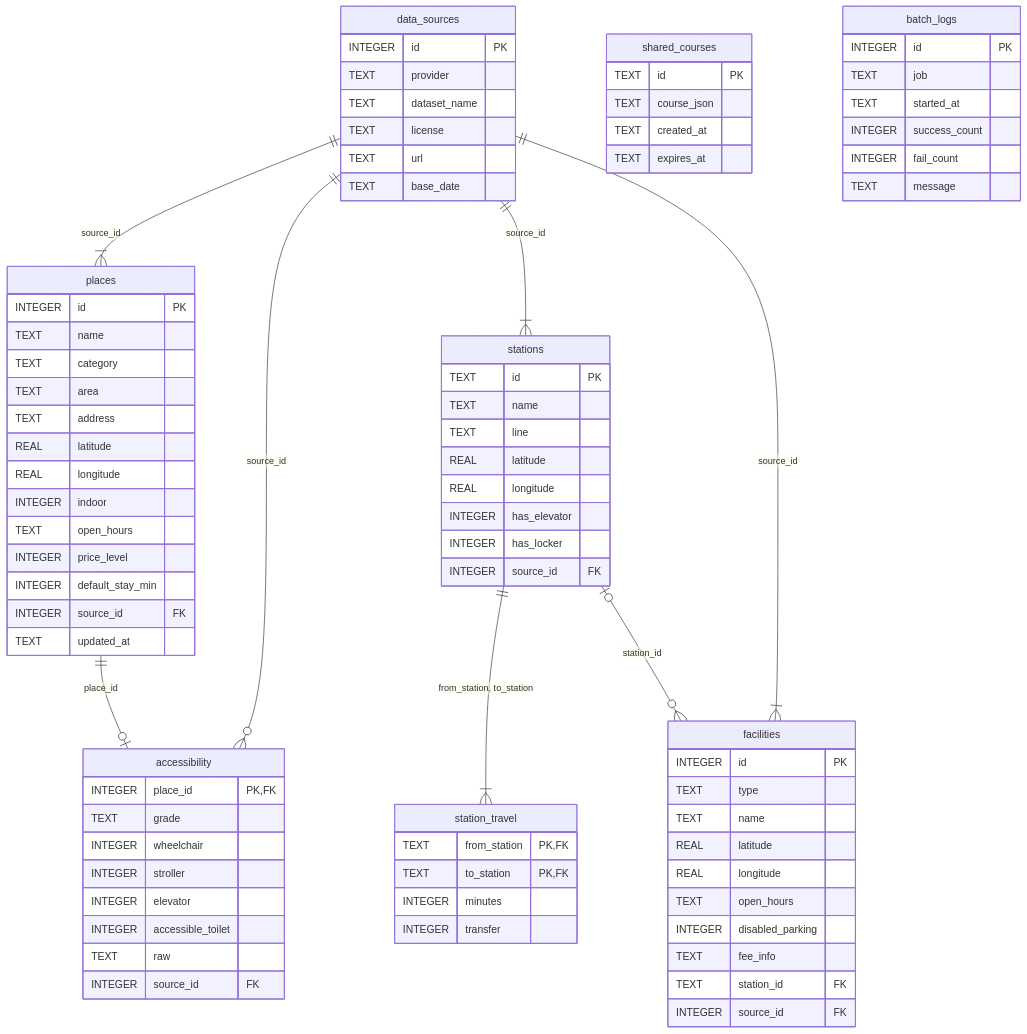
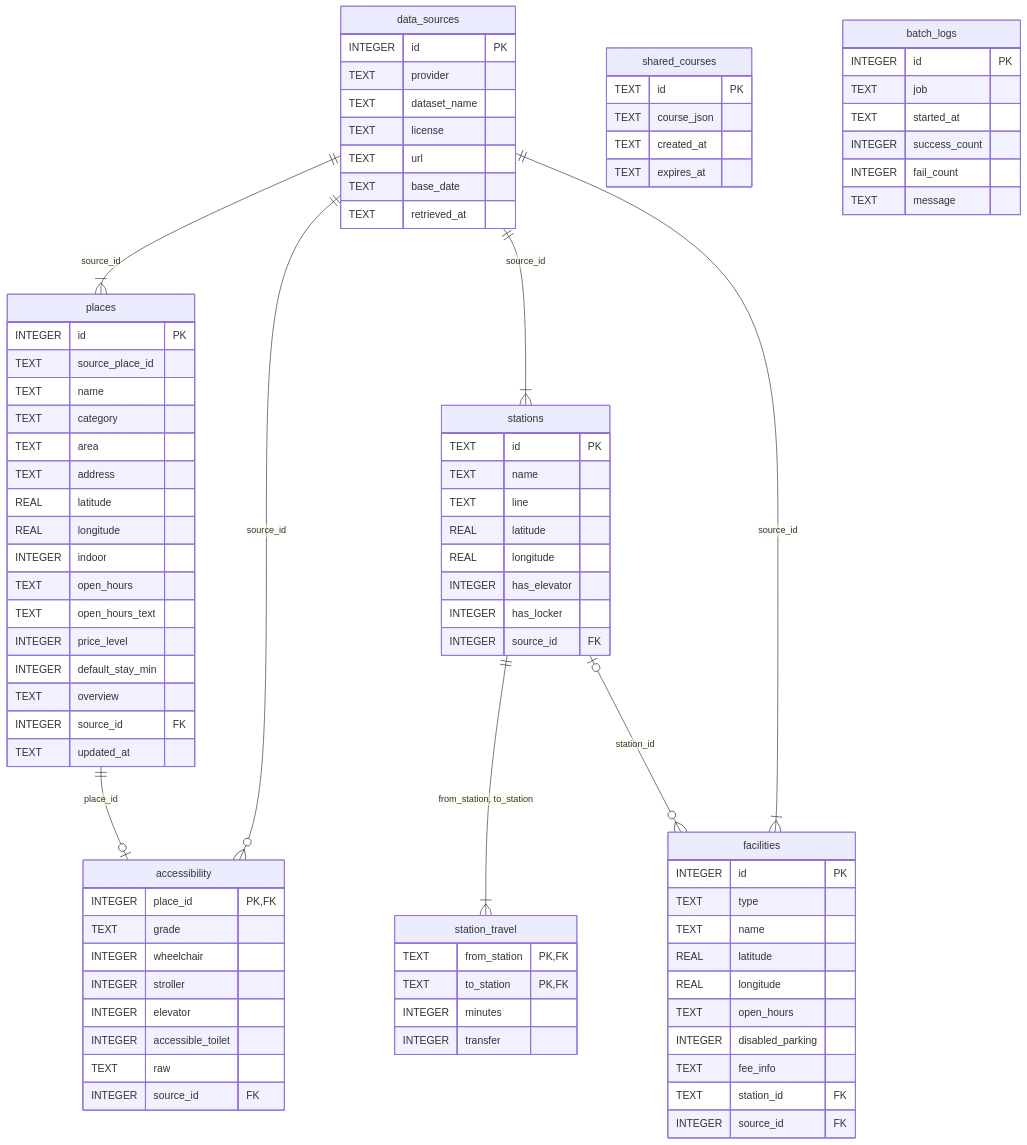
Before and after one commit to yongmoo123/busanfit: the diagram in docs/diagrams/sdd-5-1-er.mmd, drawn with Mermaid. The commit also changed 10 other files, not shown here.

First line of the commit message:
feat: FR-007 DEC-005 SQLite schema.sql 추가와 SDD 5.2·그림 5-1 갱신

```diff
--- a/docs/diagrams/sdd-5-1-er.mmd
+++ b/docs/diagrams/sdd-5-1-er.mmd
@@ -1,86 +1,90 @@
 %% 그림 5-1. ER 다이어그램 (SQLite) (SDD 5.1) — 타입은 SQLite 실제 타입, 의미는 SDD 5.2 설명 칸 참조 (DEC-005)
 %% PNG 생성 (저장소 루트): npx -p @mermaid-js/mermaid-cli@11.4.2 mmdc -c docs/diagrams/mermaid.config.json -s 2 -b white -i docs/diagrams/sdd-5-1-er.mmd -o docs/images/sdd-5-1-er.png
 erDiagram
   data_sources ||--|{ places : "source_id"
   data_sources ||--o{ accessibility : "source_id"
   data_sources ||--|{ stations : "source_id"
   data_sources ||--|{ facilities : "source_id"
   places ||--o| accessibility : "place_id"
   stations ||--|{ station_travel : "from_station, to_station"
   stations |o--o{ facilities : "station_id"
 
   data_sources {
     INTEGER id PK
     TEXT provider
     TEXT dataset_name
     TEXT license
     TEXT url
     TEXT base_date
+    TEXT retrieved_at
   }
   places {
     INTEGER id PK
+    TEXT source_place_id
     TEXT name
     TEXT category
     TEXT area
     TEXT address
     REAL latitude
     REAL longitude
     INTEGER indoor
     TEXT open_hours
+    TEXT open_hours_text
     INTEGER price_level
     INTEGER default_stay_min
+    TEXT overview
     INTEGER source_id FK
     TEXT updated_at
   }
   accessibility {
     INTEGER place_id PK, FK
     TEXT grade
     INTEGER wheelchair
     INTEGER stroller
     INTEGER elevator
     INTEGER accessible_toilet
     TEXT raw
     INTEGER source_id FK
   }
   stations {
     TEXT id PK
     TEXT name
     TEXT line
     REAL latitude
     REAL longitude
     INTEGER has_elevator
     INTEGER has_locker
     INTEGER source_id FK
   }
   station_travel {
     TEXT from_station PK, FK
     TEXT to_station PK, FK
     INTEGER minutes
     INTEGER transfer
   }
   facilities {
     INTEGER id PK
     TEXT type
     TEXT name
     REAL latitude
     REAL longitude
     TEXT open_hours
     INTEGER disabled_parking
     TEXT fee_info
     TEXT station_id FK
     INTEGER source_id FK
   }
   shared_courses {
     TEXT id PK
     TEXT course_json
     TEXT created_at
     TEXT expires_at
   }
   batch_logs {
     INTEGER id PK
     TEXT job
     TEXT started_at
     INTEGER success_count
     INTEGER fail_count
     TEXT message
   }
```
